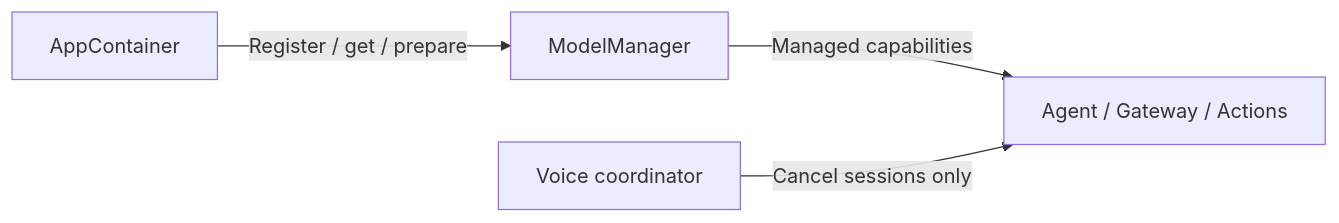
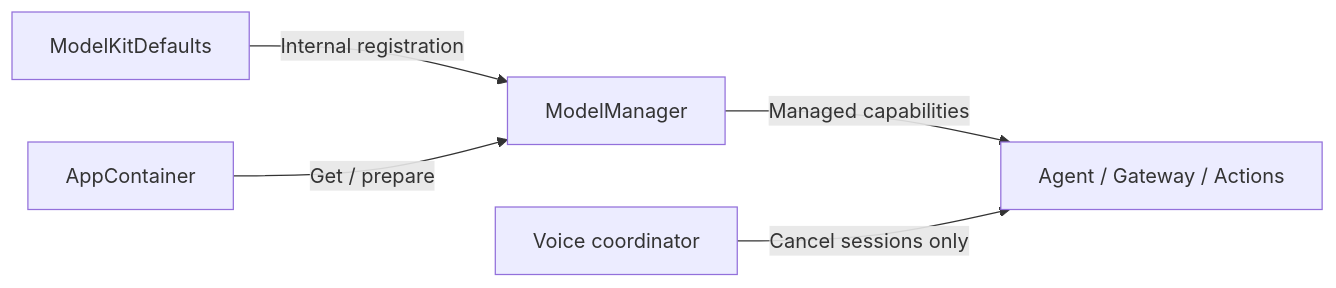
Before and after one commit to devilyouwei/MobileHarness: the third of 3 diagrams in MobileHarness/App/README.md, drawn with Mermaid. The commit also changed other lines of this file and 76 other files, not shown here.

````diff
--- a/MobileHarness/App/README.md
+++ b/MobileHarness/App/README.md
@@ -87,6 +87,7 @@
 ```mermaid
 flowchart LR
-    App[AppContainer] -->|Register / get / prepare| Models[ModelManager]
+    Defaults[ModelKitDefaults] -->|Internal registration| Models[ModelManager]
+    App[AppContainer] -->|Get / prepare| Models
     Models -->|Managed capabilities| Consumers[Agent / Gateway / Actions]
     Voice[Voice coordinator] -->|Cancel sessions only| Consumers
 ```
````
